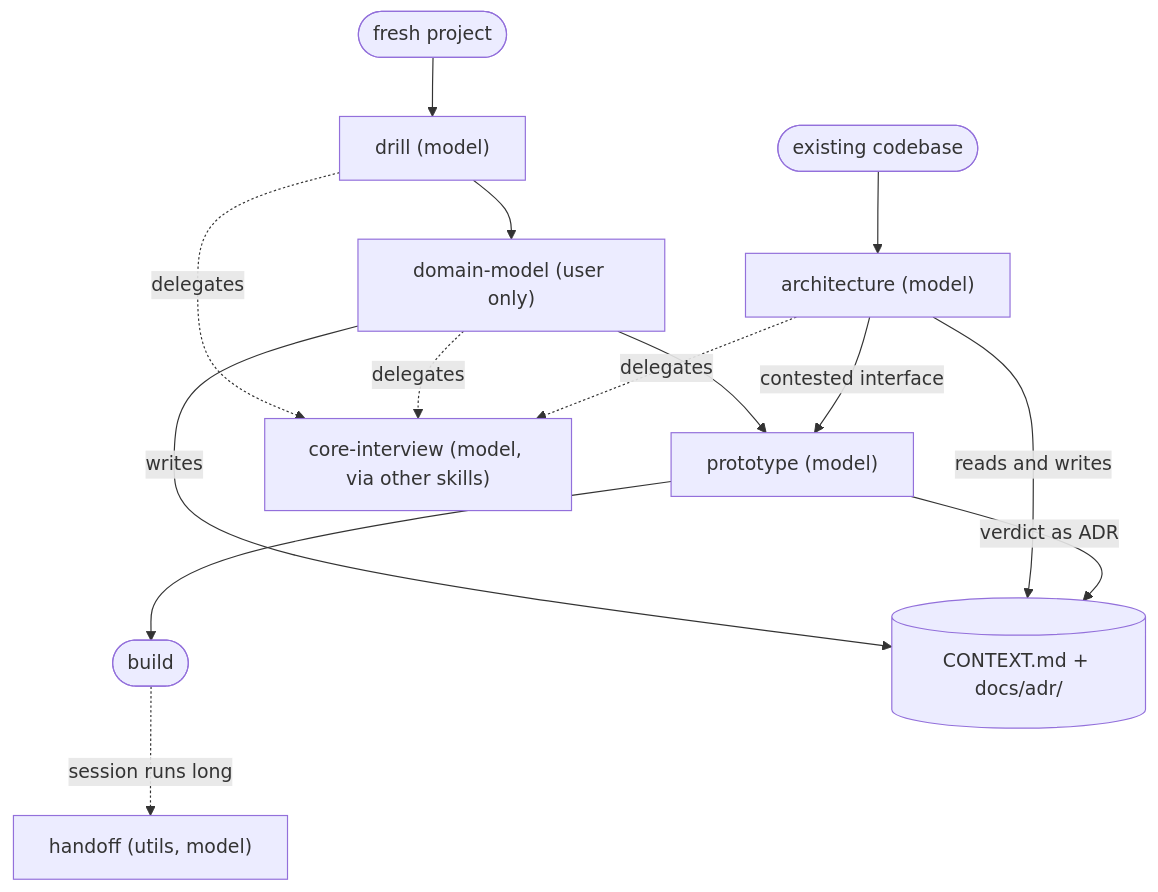
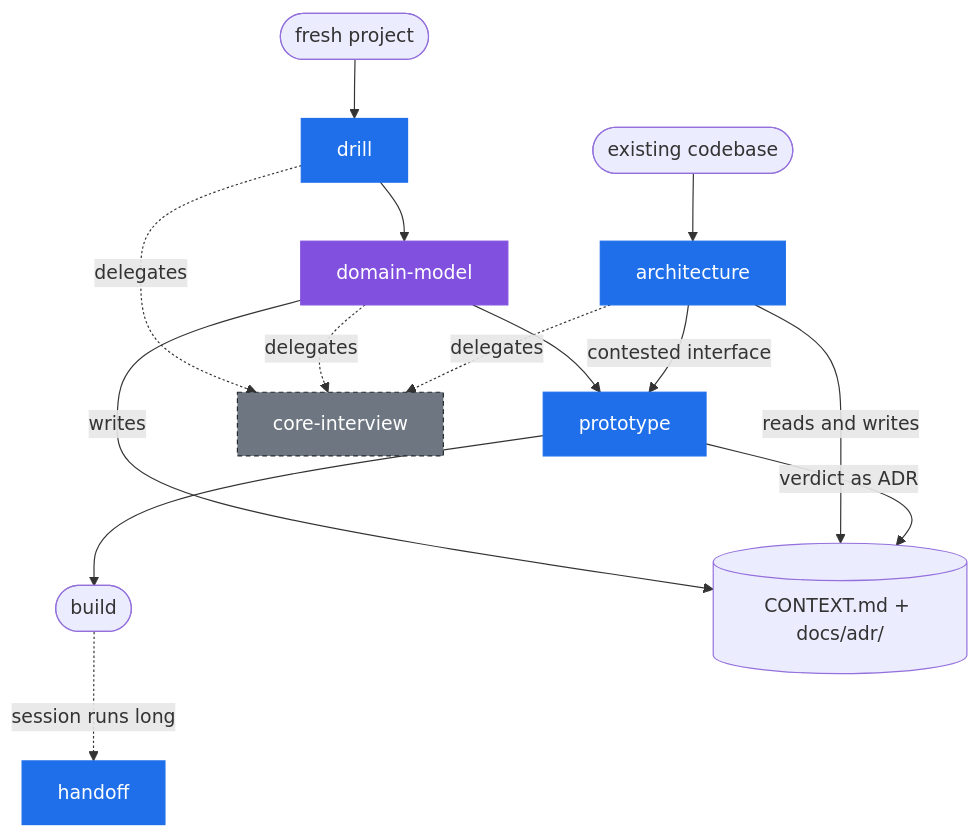
Before and after one commit to gitshrl/skills: the diagram in README.md, drawn with Mermaid. The commit also changed other lines of this file, not shown here.

Commit message:
color-code invocation mode on diagram

````diff
--- a/README.md
+++ b/README.md
@@ -31,20 +31,28 @@
 ```mermaid
 flowchart TD
-    fresh([fresh project]) --> drill["drill (model)"]
-    existing([existing codebase]) --> architecture["architecture (model)"]
+    fresh([fresh project]) --> drill
+    existing([existing codebase]) --> architecture
 
-    drill --> dm["domain-model (user only)"]
-    dm --> proto["prototype (model)"]
+    drill --> dm[domain-model]
+    dm --> proto[prototype]
     proto --> build([build])
     architecture -- contested interface --> proto
 
-    drill -. delegates .-> ci["core-interview (model, via other skills)"]
+    drill -. delegates .-> ci[core-interview]
     dm -. delegates .-> ci
     architecture -. delegates .-> ci
 
     dm -- writes --> docs[("CONTEXT.md + docs/adr/")]
     architecture -- reads and writes --> docs
     proto -- verdict as ADR --> docs
 
-    build -. session runs long .-> handoff["handoff (utils, model)"]
+    build -. session runs long .-> handoff[handoff]
+
+    classDef model fill:#1f6feb,stroke:#1f6feb,color:#ffffff
+    classDef useronly fill:#8250df,stroke:#8250df,color:#ffffff
+    classDef internal fill:#6e7781,stroke:#24292f,color:#ffffff,stroke-dasharray: 4 3
+
+    class drill,proto,architecture,handoff model
+    class dm useronly
+    class ci internal
 ```
````
